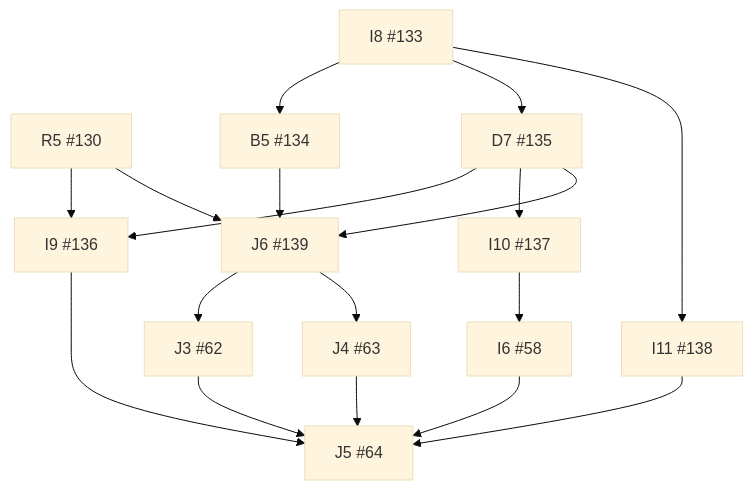
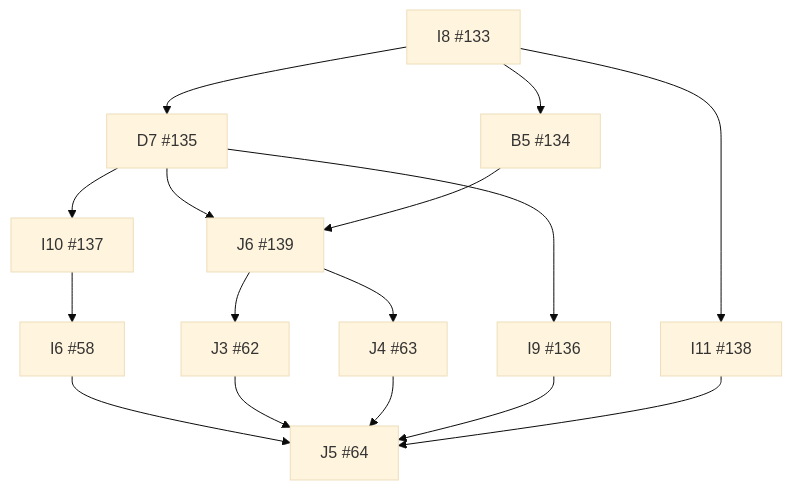
One commit to wojtekpiskorz/kiero changed the diagram in docs/implementation/dependency-graph.md. Above: the diagram before and after it, drawn with Mermaid (base theme). The commit also changed other lines of this file and 6 other files, not shown here.

````diff
--- a/docs/implementation/dependency-graph.md
+++ b/docs/implementation/dependency-graph.md
@@ -9,32 +9,29 @@
 ```mermaid
 flowchart TD
   I6["I6 #58"]
   J3["J3 #62"]
   J4["J4 #63"]
   J5["J5 #64"]
-  R5["R5 #130"]
   I8["I8 #133"]
   B5["B5 #134"]
   D7["D7 #135"]
   I9["I9 #136"]
   I10["I10 #137"]
   I11["I11 #138"]
   J6["J6 #139"]
   I10 --> I6
   J6 --> J3
   J6 --> J4
   I6 --> J5
   J3 --> J5
   J4 --> J5
   I9 --> J5
   I11 --> J5
   I8 --> B5
   I8 --> D7
   D7 --> I9
-  R5 --> I9
   D7 --> I10
   I8 --> I11
-  R5 --> J6
   D7 --> J6
   B5 --> J6
 ```
````
